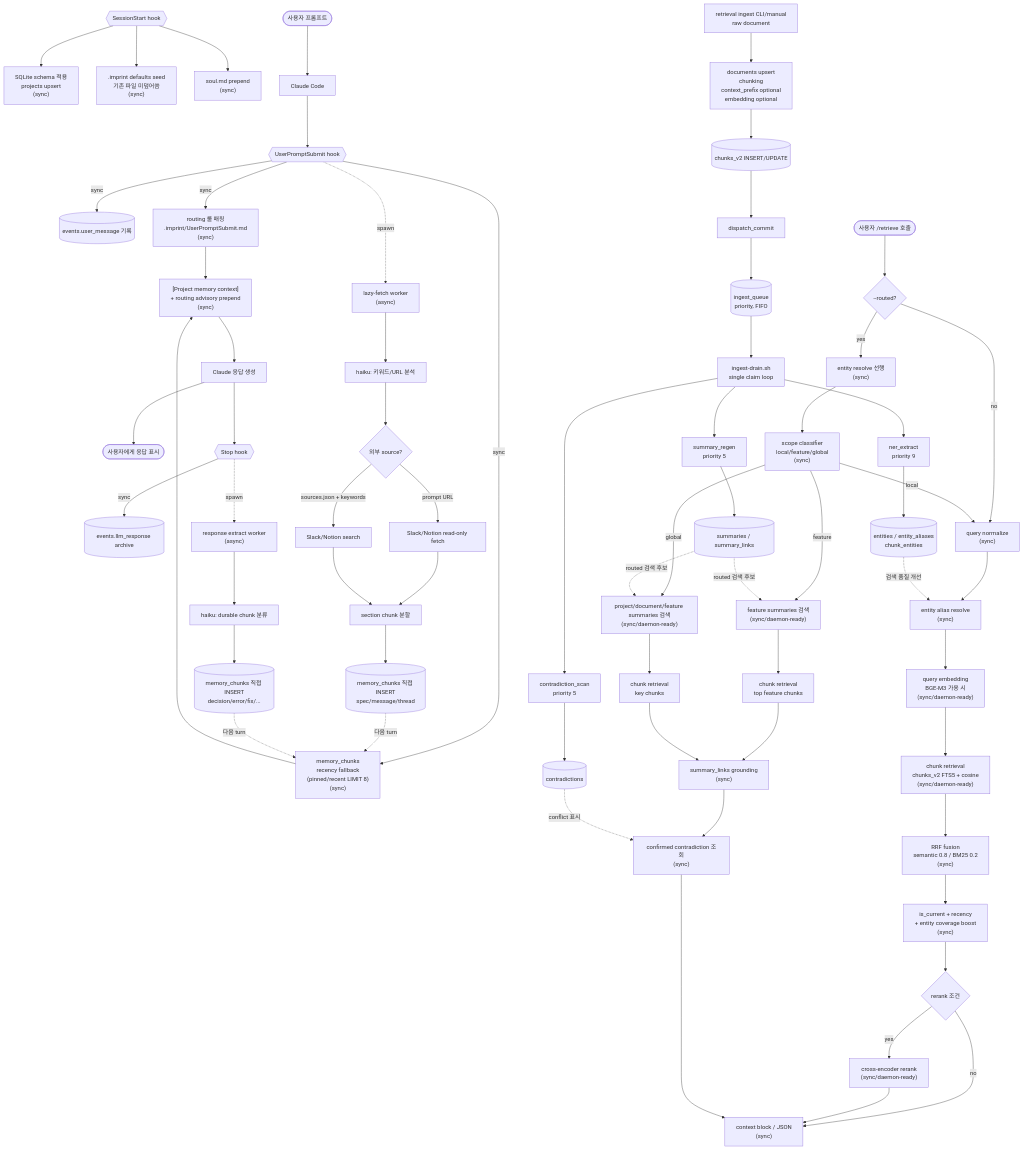
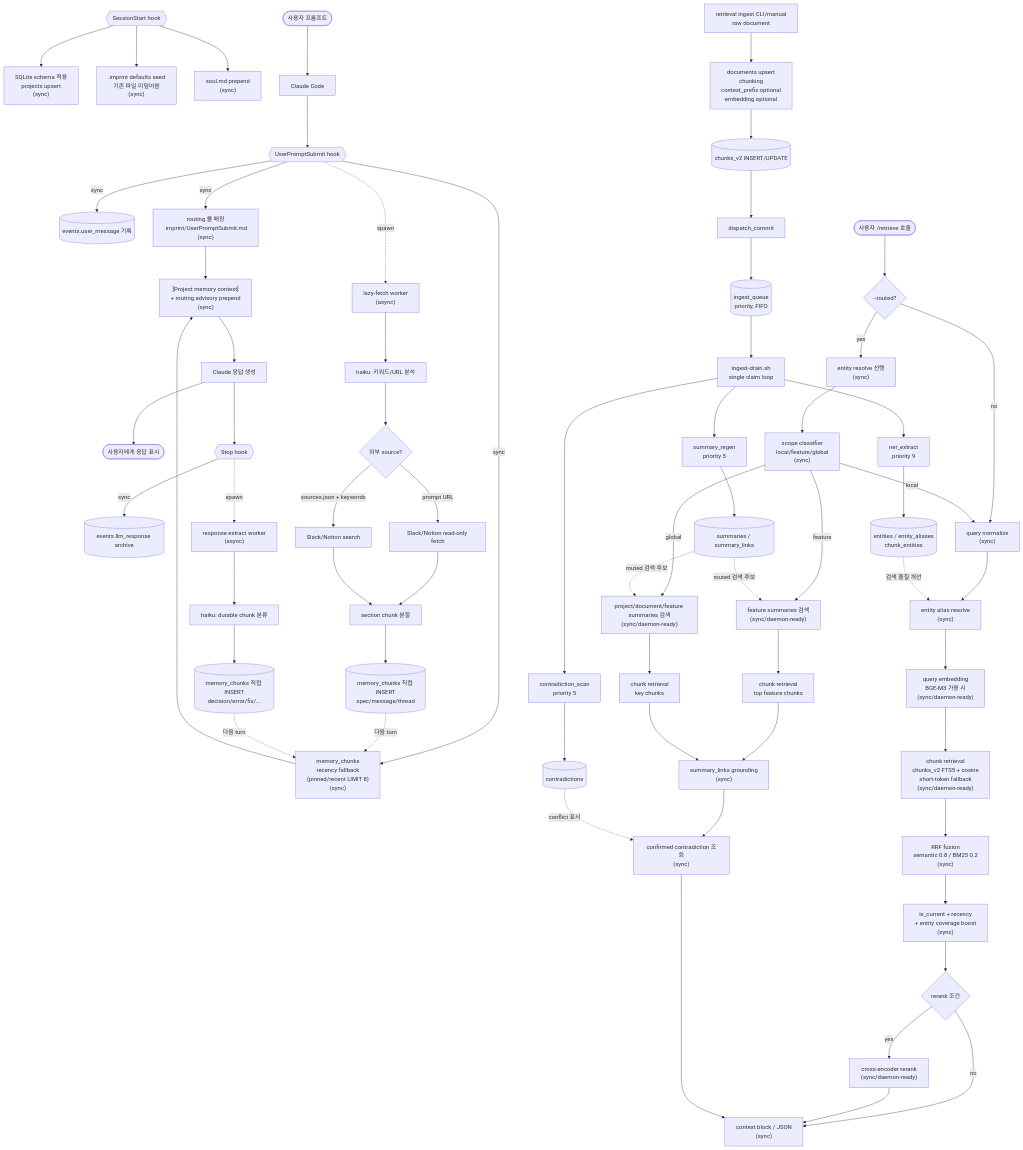
One commit to taeuk178/MultiAgentCLI changed the diagram in README.md. Above: the diagram before and after it, drawn with Mermaid. The commit also changed other lines of this file and 9 other files, not shown here.

````diff
--- a/README.md
+++ b/README.md
@@ -112,81 +112,81 @@
 ```mermaid
 %%{init: {'flowchart': {'useMaxWidth': false, 'rankSpacing': 80, 'nodeSpacing': 50}, 'theme': 'default'}}%%
 flowchart TB
     %% ===== SessionStart =====
     SS{{SessionStart hook}} --> SCHEMA["SQLite schema 적용<br/>projects upsert<br/>(sync)"]
     SS --> SEED[".imprint defaults seed<br/>기존 파일 미덮어씀<br/>(sync)"]
     SS --> SOUL["soul.md prepend<br/>(sync)"]
 
     %% ===== UPS / Stop hook 자동 경로 =====
     U([사용자 프롬프트]) --> CC[Claude Code]
     CC --> UPS{{UserPromptSubmit hook}}
 
     UPS -->|sync| LOG[("events.user_message 기록")]
     UPS -->|sync| ROUTE["routing 룰 매칭<br/>.imprint/UserPromptSubmit.md<br/>(sync)"]
     UPS -->|sync| PREFILL["memory_chunks<br/>recency fallback<br/>(pinned/recent LIMIT 8)<br/>(sync)"]
     ROUTE --> CTX0["[Project memory context]<br/>+ routing advisory prepend<br/>(sync)"]
     PREFILL --> CTX0
     CTX0 --> RESP["Claude 응답 생성"]
     RESP --> USR([사용자에게 응답 표시])
 
     RESP --> ST{{Stop hook}}
     ST -->|sync| LOG2[("events.llm_response archive")]
 
     UPS -.spawn.-> LF["lazy-fetch worker<br/>(async)"]
     LF --> ANL["haiku: 키워드/URL 분석"]
     ANL --> EXT{외부 source?}
     EXT -->|prompt URL| FETCH["Slack/Notion read-only fetch"]
     EXT -->|sources.json + keywords| SRCSEARCH["Slack/Notion search"]
     FETCH --> SPLIT_EXT["section chunk 분할"]
     SRCSEARCH --> SPLIT_EXT
     SPLIT_EXT --> MEM_EXT[("memory_chunks 직접 INSERT<br/>spec/message/thread")]
 
     ST -.spawn.-> EXTRACT["response extract worker<br/>(async)"]
     EXTRACT --> CLASSIFY["haiku: durable chunk 분류"]
     CLASSIFY --> MEM_RESP[("memory_chunks 직접 INSERT<br/>decision/error/fix/...")]
 
     MEM_EXT -.다음 turn.-> PREFILL
     MEM_RESP -.다음 turn.-> PREFILL
 
     %% ===== /retrieve 디스패처 (사용자 명시 호출) =====
     RTV(["사용자 /retrieve 호출"]) --> ROUTED{--routed?}
     ROUTED -->|no| QN["query normalize<br/>(sync)"]
     QN --> RES["entity alias resolve<br/>(sync)"]
     RES --> QEMB["query embedding<br/>BGE-M3 가용 시<br/>(sync/daemon-ready)"]
-    QEMB --> HYB["chunk retrieval<br/>chunks_v2 FTS5 + cosine<br/>(sync/daemon-ready)"]
+    QEMB --> HYB["chunk retrieval<br/>chunks_v2 FTS5 + cosine<br/>short-token fallback<br/>(sync/daemon-ready)"]
     HYB --> RRF["RRF fusion<br/>semantic 0.8 / BM25 0.2<br/>(sync)"]
     RRF --> BOOST["is_current + recency<br/>+ entity coverage boost<br/>(sync)"]
     BOOST --> RG{"rerank 조건"}
     RG -->|yes| RR["cross-encoder rerank<br/>(sync/daemon-ready)"]
     RG -->|no| CTX["context block / JSON<br/>(sync)"]
     RR --> CTX
 
     ROUTED -->|yes| RRES["entity resolve 선행<br/>(sync)"]
     RRES --> SCOPE["scope classifier<br/>local/feature/global<br/>(sync)"]
     SCOPE -->|local| QN
     SCOPE -->|feature| FSUM["feature summaries 검색<br/>(sync/daemon-ready)"]
     SCOPE -->|global| GSUM["project/document/feature summaries 검색<br/>(sync/daemon-ready)"]
     FSUM --> FCHUNK["chunk retrieval<br/>top feature chunks"]
     GSUM --> GCHUNK["chunk retrieval<br/>key chunks"]
     FCHUNK --> GROUND["summary_links grounding<br/>(sync)"]
     GCHUNK --> GROUND
     GROUND --> CCHECK["confirmed contradiction 조회<br/>(sync)"]
     CCHECK --> CTX
 
     %% ===== Retrieval v2 ingestion queue =====
     DOCIN["retrieval ingest CLI/manual<br/>raw document"] --> INGEST["documents upsert<br/>chunking<br/>context_prefix optional<br/>embedding optional"]
     INGEST --> CHUNKS[("chunks_v2 INSERT/UPDATE")]
     CHUNKS --> DISPATCH["dispatch_commit"]
     DISPATCH --> ENQ[("ingest_queue<br/>priority, FIFO")]
     ENQ --> DRAIN["ingest-drain.sh<br/>single claim loop"]
     DRAIN --> J4["ner_extract<br/>priority 9"]
     DRAIN --> J5["summary_regen<br/>priority 5"]
     DRAIN --> J6["contradiction_scan<br/>priority 5"]
     J4 --> ENTITIES[("entities / entity_aliases<br/>chunk_entities")]
     J5 --> SUMMARIES[("summaries / summary_links")]
     J6 --> CONTRA[("contradictions")]
     ENTITIES -.검색 품질 개선.-> RES
     SUMMARIES -.routed 검색 후보.-> FSUM
     SUMMARIES -.routed 검색 후보.-> GSUM
     CONTRA -.conflict 표시.-> CCHECK
 ```
````
